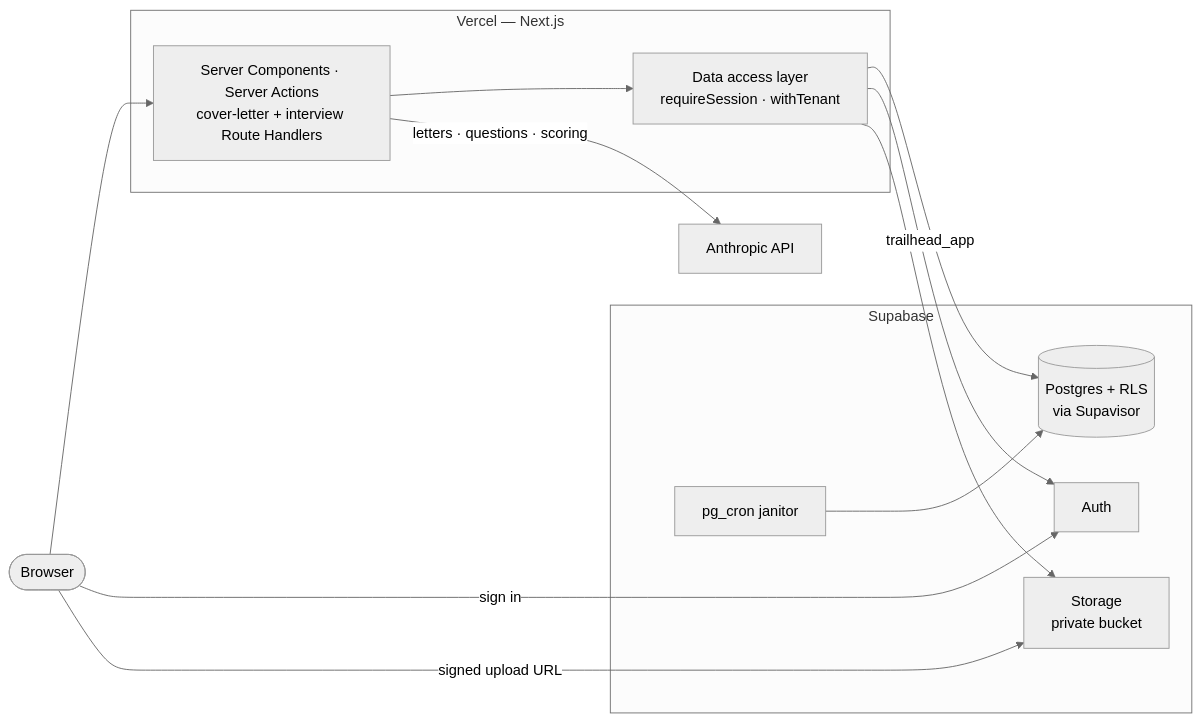
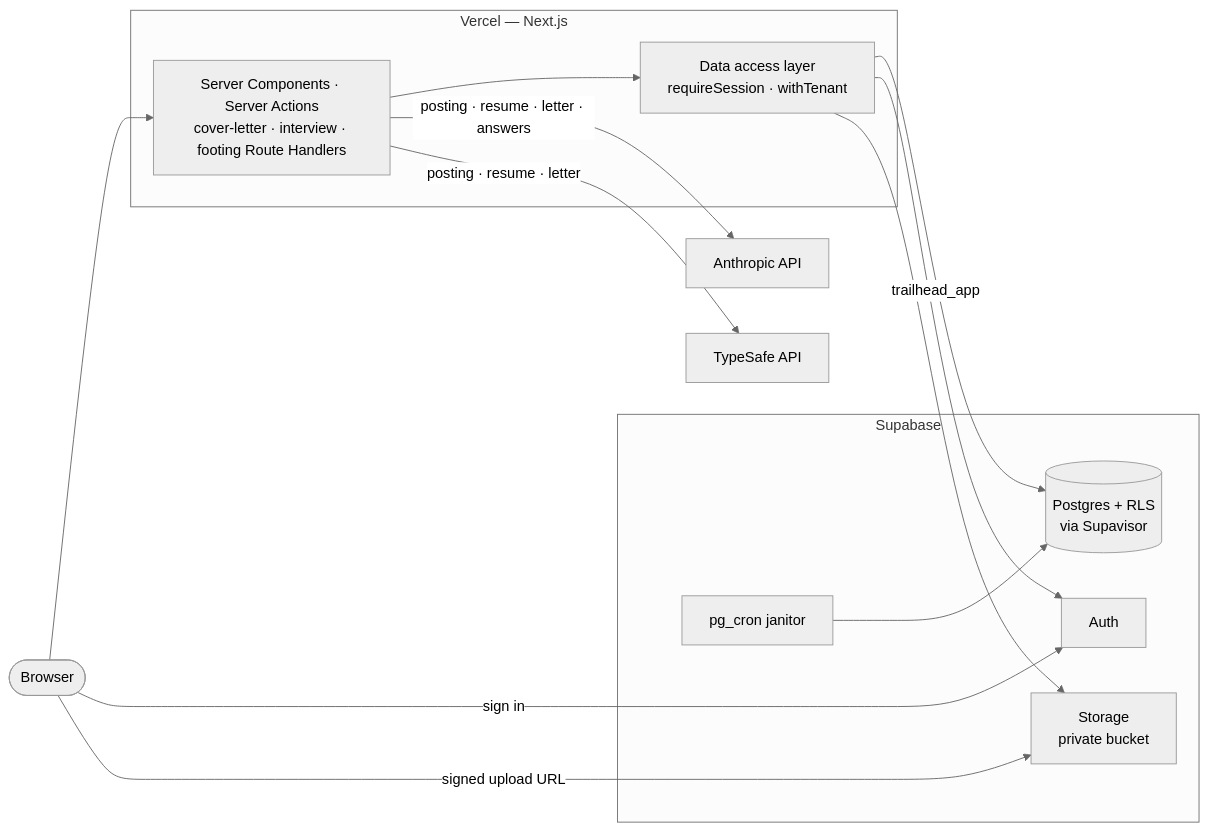
One commit to craigblunden/trailhead changed the diagram in README.md. Above: the diagram before and after it, drawn with Mermaid (neutral theme). The commit also changed other lines of this file and 43 other files, not shown here.

First line of the commit message:
Footing: score the posting against the kit, and keep it

````diff
--- a/README.md
+++ b/README.md
@@ -57,24 +67,26 @@
 ```mermaid
 flowchart LR
   browser(["Browser"])
   subgraph vercel["Vercel — Next.js"]
-    app["Server Components · Server Actions<br/>cover-letter + interview Route Handlers"]
+    app["Server Components · Server Actions<br/>cover-letter · interview · footing Route Handlers"]
     dal["Data access layer<br/>requireSession · withTenant"]
   end
   subgraph supabase["Supabase"]
     auth["Auth"]
     pg[("Postgres + RLS<br/>via Supavisor")]
     storage["Storage<br/>private bucket"]
     cron["pg_cron janitor"]
   end
   anthropic["Anthropic API"]
+  typesafe["TypeSafe API"]
 
   browser --> app --> dal
   browser -->|"sign in"| auth
   browser -->|"signed upload URL"| storage
   dal -->|"trailhead_app"| pg
   dal --> auth
   dal --> storage
-  app -->|"letters · questions · scoring"| anthropic
+  app -->|"posting · resume · letter · answers"| anthropic
+  app -->|"posting · resume · letter"| typesafe
   cron --> pg
 ```
````
